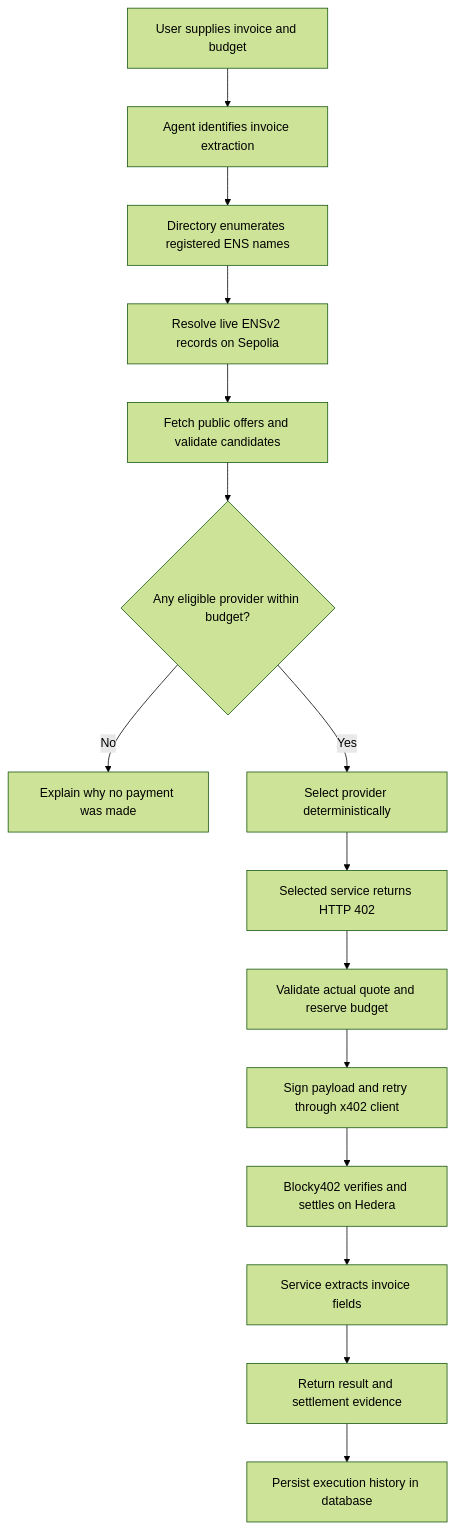
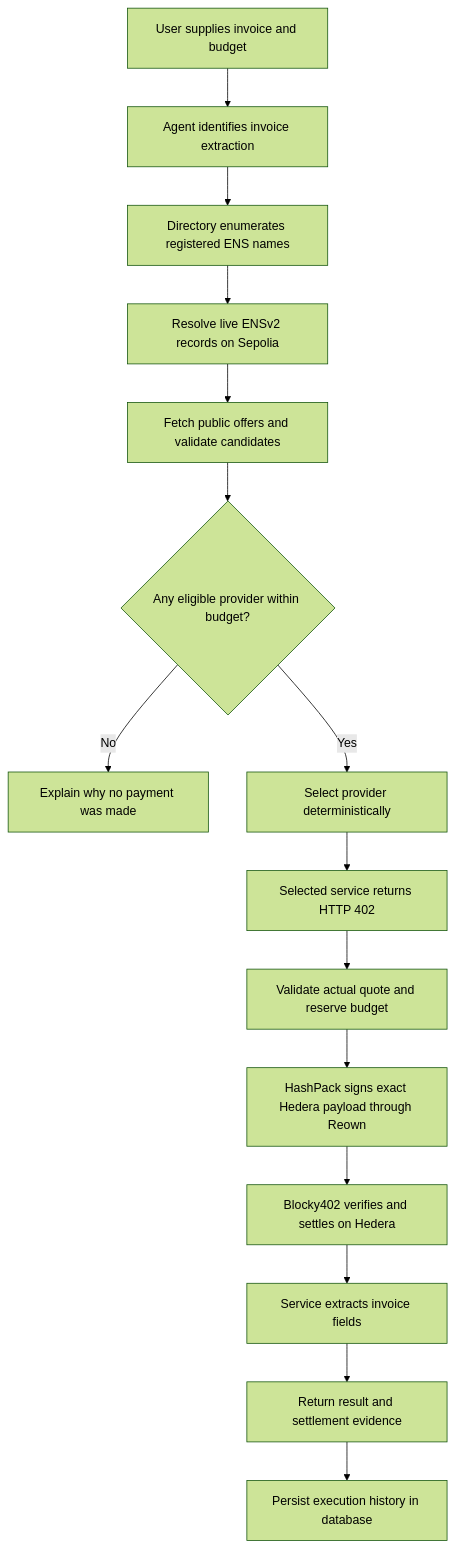
The first of 4 diagrams in README.md (hackerjose25/AgentPay), drawn with Mermaid (forest theme) before and after one commit. The commit also changed other lines of this file and 5 other files, not shown here.

````diff
--- a/README.md
+++ b/README.md
@@ -108,17 +112,17 @@
 ```mermaid
 flowchart TD
     A[User supplies invoice and budget] --> B[Agent identifies invoice extraction]
     B --> C[Directory enumerates registered ENS names]
     C --> D[Resolve live ENSv2 records on Sepolia]
     D --> E[Fetch public offers and validate candidates]
     E --> F{Any eligible provider within budget?}
     F -->|No| G[Explain why no payment was made]
     F -->|Yes| H[Select provider deterministically]
     H --> I[Selected service returns HTTP 402]
     I --> J[Validate actual quote and reserve budget]
-    J --> K[Sign payload and retry through x402 client]
+    J --> K[HashPack signs exact Hedera payload through Reown]
     K --> L[Blocky402 verifies and settles on Hedera]
     L --> M[Service extracts invoice fields]
     M --> N[Return result and settlement evidence]
     N --> O[Persist execution history in database]
 ```
````
